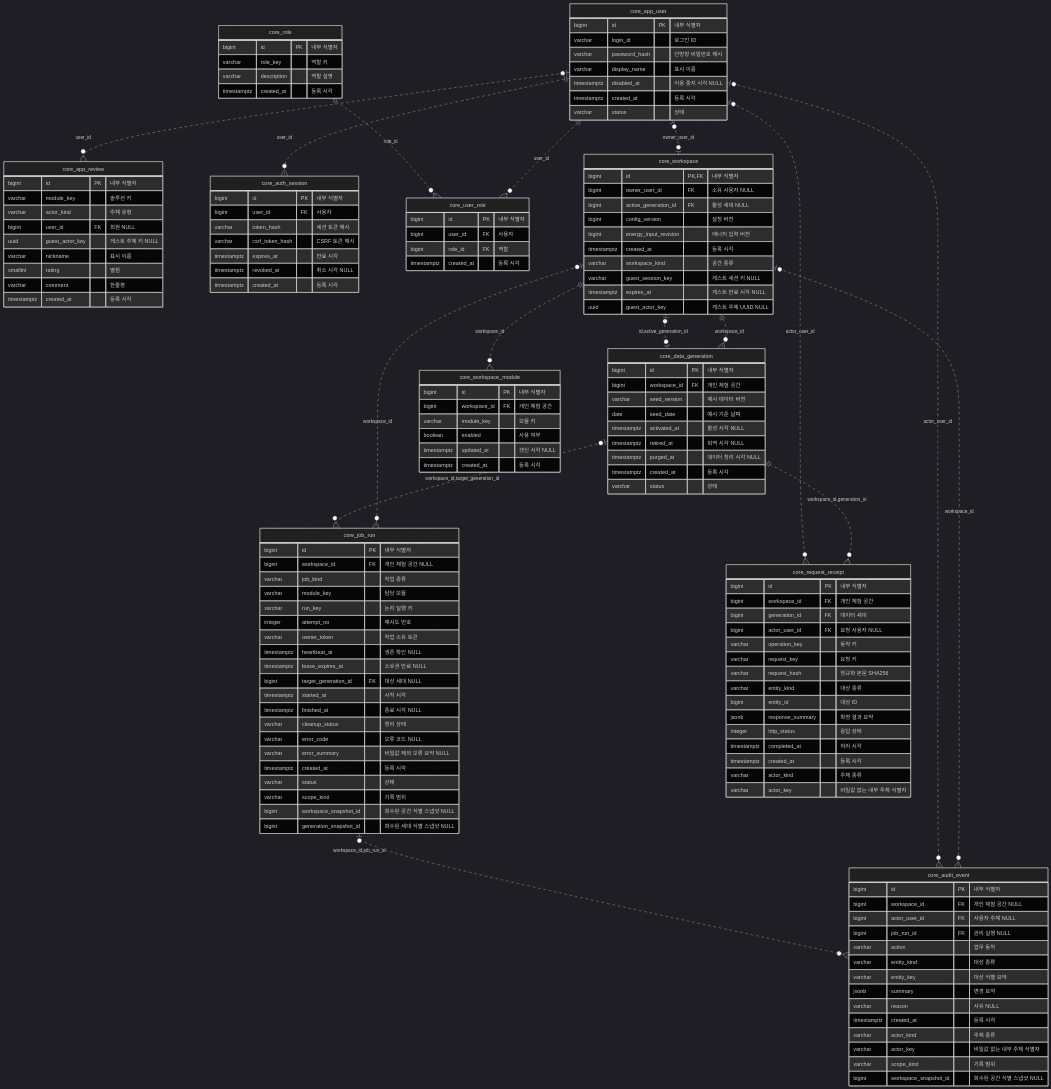
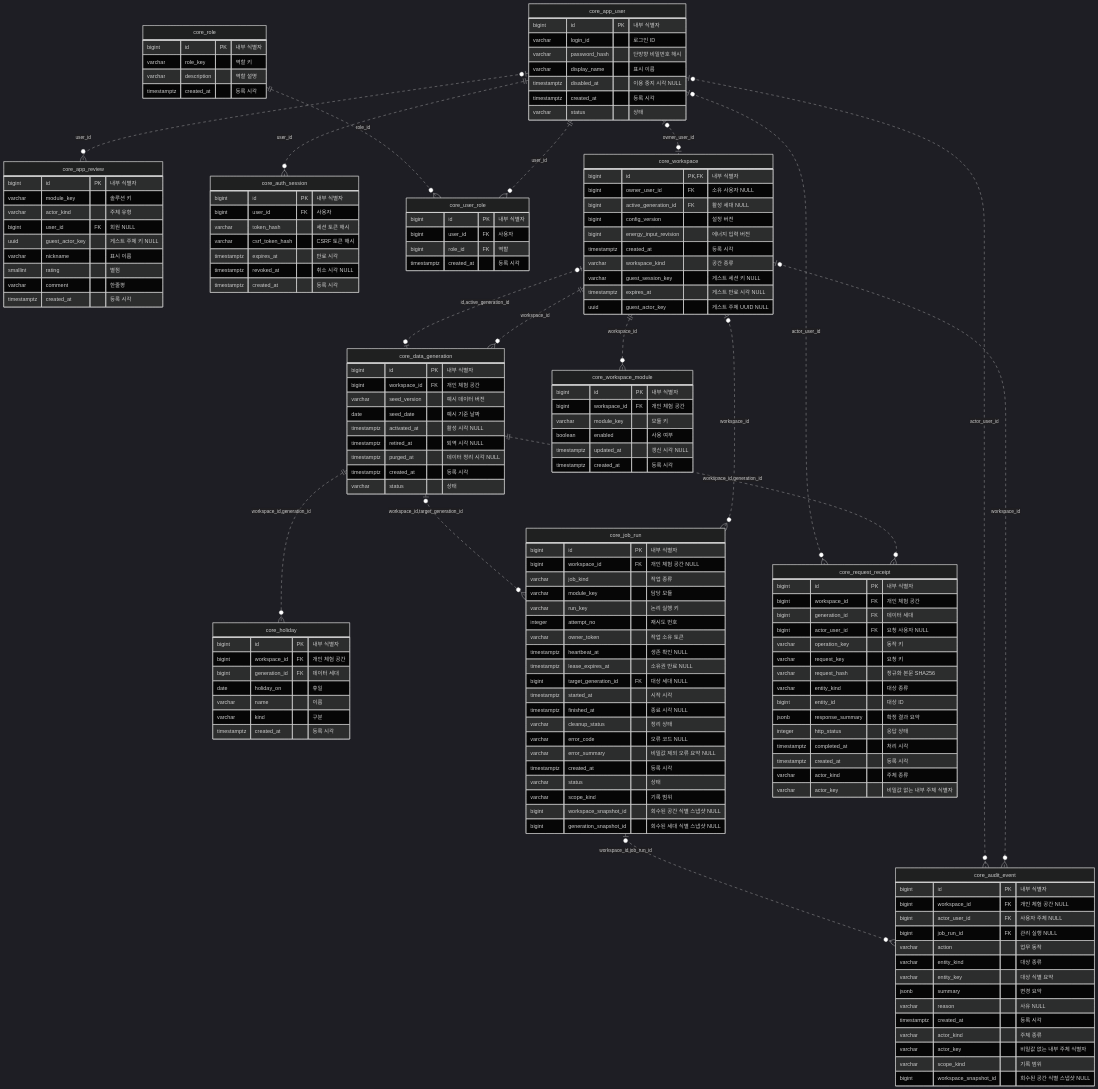
The diagram in docs/architecture/erd-target/core.mmd (go8105/factory-studio), drawn with Mermaid (dark theme) before and after one commit. The commit also changed 18 other files, not shown here.

Commit message:
DSN-16: BEMS 보강 설계 완료 — 목표 DB bems 10→21 + core.holiday, 화면 13, 휴일·조명·피크 감축·쾌적·건물 에너지, validate_bems_dsn16

```diff
--- a/docs/architecture/erd-target/core.mmd
+++ b/docs/architecture/erd-target/core.mmd
@@ -1,143 +1,153 @@
 erDiagram
   core_app_review {
     bigint id PK "내부 식별자"
     varchar module_key "솔루션 키"
     varchar actor_kind "주체 유형"
     bigint user_id FK "회원 NULL"
     uuid guest_actor_key "게스트 주체 키 NULL"
     varchar nickname "표시 이름"
     smallint rating "별점"
     varchar comment "한줄평"
     timestamptz created_at "등록 시각"
   }
   core_app_user {
     bigint id PK "내부 식별자"
     varchar login_id "로그인 ID"
     varchar password_hash "단방향 비밀번호 해시"
     varchar display_name "표시 이름"
     timestamptz disabled_at "이용 중지 시각 NULL"
     timestamptz created_at "등록 시각"
     varchar status "상태"
   }
   core_audit_event {
     bigint id PK "내부 식별자"
     bigint workspace_id FK "개인 체험 공간 NULL"
     bigint actor_user_id FK "사용자 주체 NULL"
     bigint job_run_id FK "관리 실행 NULL"
     varchar action "업무 동작"
     varchar entity_kind "대상 종류"
     varchar entity_key "대상 식별 요약"
     jsonb summary "변경 요약"
     varchar reason "사유 NULL"
     timestamptz created_at "등록 시각"
     varchar actor_kind "주체 종류"
     varchar actor_key "비밀값 없는 내부 주체 식별자"
     varchar scope_kind "기록 범위"
     bigint workspace_snapshot_id "회수된 공간 식별 스냅샷 NULL"
   }
   core_auth_session {
     bigint id PK "내부 식별자"
     bigint user_id FK "사용자"
     varchar token_hash "세션 토큰 해시"
     varchar csrf_token_hash "CSRF 토큰 해시"
     timestamptz expires_at "만료 시각"
     timestamptz revoked_at "취소 시각 NULL"
     timestamptz created_at "등록 시각"
   }
   core_data_generation {
     bigint id PK "내부 식별자"
     bigint workspace_id FK "개인 체험 공간"
     varchar seed_version "예시 데이터 버전"
     date seed_date "예시 기준 날짜"
     timestamptz activated_at "활성 시각 NULL"
     timestamptz retired_at "퇴역 시각 NULL"
     timestamptz purged_at "데이터 정리 시각 NULL"
     timestamptz created_at "등록 시각"
     varchar status "상태"
+  }
+  core_holiday {
+    bigint id PK "내부 식별자"
+    bigint workspace_id FK "개인 체험 공간"
+    bigint generation_id FK "데이터 세대"
+    date holiday_on "휴일"
+    varchar name "이름"
+    varchar kind "구분"
+    timestamptz created_at "등록 시각"
   }
   core_job_run {
     bigint id PK "내부 식별자"
     bigint workspace_id FK "개인 체험 공간 NULL"
     varchar job_kind "작업 종류"
     varchar module_key "담당 모듈"
     varchar run_key "논리 실행 키"
     integer attempt_no "재시도 번호"
     varchar owner_token "작업 소유 토큰"
     timestamptz heartbeat_at "생존 확인 NULL"
     timestamptz lease_expires_at "소유권 만료 NULL"
     bigint target_generation_id FK "대상 세대 NULL"
     timestamptz started_at "시작 시각"
     timestamptz finished_at "종료 시각 NULL"
     varchar cleanup_status "정리 상태"
     varchar error_code "오류 코드 NULL"
     varchar error_summary "비밀값 제외 오류 요약 NULL"
     timestamptz created_at "등록 시각"
     varchar status "상태"
     varchar scope_kind "기록 범위"
     bigint workspace_snapshot_id "회수된 공간 식별 스냅샷 NULL"
     bigint generation_snapshot_id "회수된 세대 식별 스냅샷 NULL"
   }
   core_request_receipt {
     bigint id PK "내부 식별자"
     bigint workspace_id FK "개인 체험 공간"
     bigint generation_id FK "데이터 세대"
     bigint actor_user_id FK "요청 사용자 NULL"
     varchar operation_key "동작 키"
     varchar request_key "요청 키"
     varchar request_hash "정규화 본문 SHA256"
     varchar entity_kind "대상 종류"
     bigint entity_id "대상 ID"
     jsonb response_summary "확정 결과 요약"
     integer http_status "응답 상태"
     timestamptz completed_at "처리 시각"
     timestamptz created_at "등록 시각"
     varchar actor_kind "주체 종류"
     varchar actor_key "비밀값 없는 내부 주체 식별자"
   }
   core_role {
     bigint id PK "내부 식별자"
     varchar role_key "역할 키"
     varchar description "역할 설명"
     timestamptz created_at "등록 시각"
   }
   core_user_role {
     bigint id PK "내부 식별자"
     bigint user_id FK "사용자"
     bigint role_id FK "역할"
     timestamptz created_at "등록 시각"
   }
   core_workspace {
     bigint id PK,FK "내부 식별자"
     bigint owner_user_id FK "소유 사용자 NULL"
     bigint active_generation_id FK "활성 세대 NULL"
     bigint config_version "설정 버전"
     bigint energy_input_revision "에너지 입력 버전"
     timestamptz created_at "등록 시각"
     varchar workspace_kind "공간 종류"
     varchar guest_session_key "게스트 세션 키 NULL"
     timestamptz expires_at "게스트 만료 시각 NULL"
     uuid guest_actor_key "게스트 주체 UUID NULL"
   }
   core_workspace_module {
     bigint id PK "내부 식별자"
     bigint workspace_id FK "개인 체험 공간"
     varchar module_key "모듈 키"
     boolean enabled "사용 여부"
     timestamptz updated_at "갱신 시각 NULL"
     timestamptz created_at "등록 시각"
   }
   core_app_user ||..o{ core_auth_session : "user_id"
   core_app_user ||..o{ core_user_role : "user_id"
   core_role ||..o{ core_user_role : "role_id"
   core_app_user |o..o| core_workspace : "owner_user_id"
   core_workspace ||..o{ core_data_generation : "workspace_id"
   core_data_generation |o..o| core_workspace : "id,active_generation_id"
   core_workspace ||..o{ core_workspace_module : "workspace_id"
   core_workspace |o..o{ core_job_run : "workspace_id"
   core_data_generation |o..o{ core_job_run : "workspace_id,target_generation_id"
   core_workspace |o..o{ core_audit_event : "workspace_id"
   core_app_user |o..o{ core_audit_event : "actor_user_id"
   core_job_run |o..o{ core_audit_event : "workspace_id,job_run_id"
   core_data_generation ||..o{ core_request_receipt : "workspace_id,generation_id"
   core_app_user |o..o{ core_request_receipt : "actor_user_id"
   core_app_user |o..o{ core_app_review : "user_id"
+  core_data_generation ||..o{ core_holiday : "workspace_id,generation_id"
```
